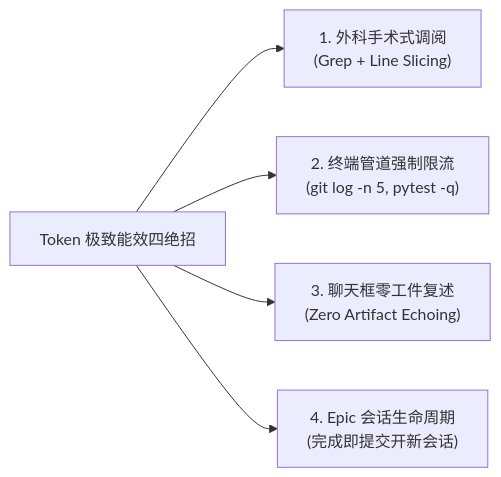
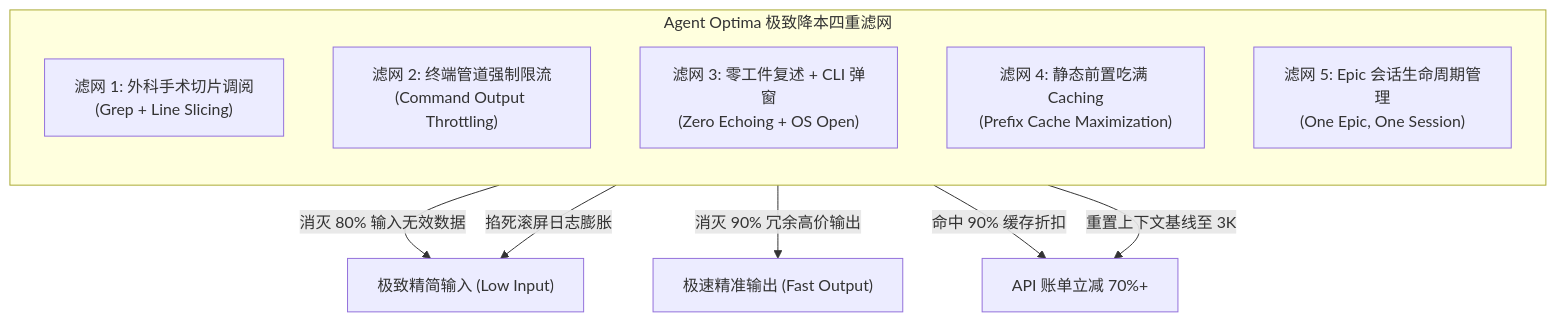
The diagram in 02-token-efficiency-and-cost-optimization.md (Garfield247/agent-optima), drawn with Mermaid before and after one commit. The commit also changed other lines of this file and 2 other files, not shown here.

````diff
--- a/02-token-efficiency-and-cost-optimization.md
+++ b/02-token-efficiency-and-cost-optimization.md
@@ -34,7 +68,17 @@
 ```mermaid
-flowchart LR
-    A["Token 极致能效四绝招"] --> B["1. 外科手术式调阅<br/>(Grep + Line Slicing)"]
-    A --> C["2. 终端管道强制限流<br/>(git log -n 5, pytest -q)"]
-    A --> D["3. 聊天框零工件复述<br/>(Zero Artifact Echoing)"]
-    A --> E["4. Epic 会话生命周期<br/>(完成即提交开新会话)"]
+flowchart TD
+    subgraph Engine [Agent Optima 极致降本四重滤网]
+        direction TB
+        F1["滤网 1: 外科手术切片调阅<br/>(Grep + Line Slicing)"]
+        F2["滤网 2: 终端管道强制限流<br/>(Command Output Throttling)"]
+        F3["滤网 3: 零工件复述 + CLI 弹窗<br/>(Zero Echoing + OS Open)"]
+        F4["滤网 4: 静态前置吃满 Caching<br/>(Prefix Cache Maximization)"]
+        F5["滤网 5: Epic 会话生命周期管理<br/>(One Epic, One Session)"]
+    end
+
+    F1 -->|消灭 80% 输入无效数据| MinInput["极致精简输入 (Low Input)"]
+    F2 -->|掐死滚屏日志膨胀| MinInput
+    F3 -->|消灭 90% 冗余高价输出| MinOutput["极速精准输出 (Fast Output)"]
+    F4 -->|命中 90% 缓存折扣| CostCut["API 账单立减 70%+"]
+    F5 -->|重置上下文基线至 3K| CostCut
 ```
````
